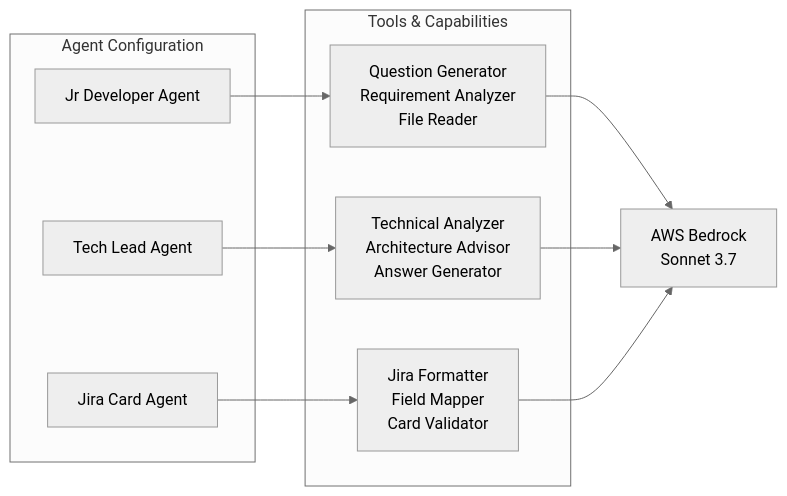
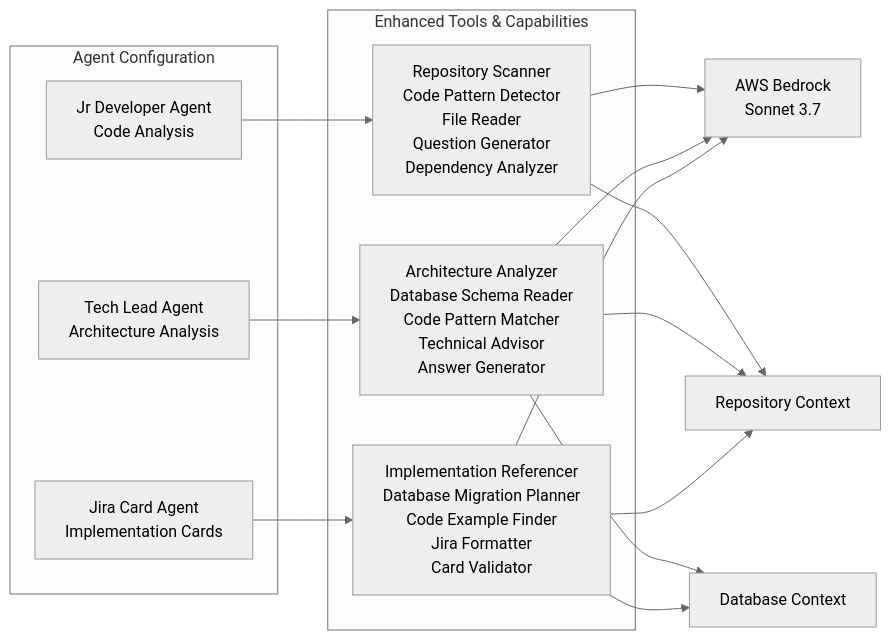
Before and after one commit to vosbek/bl-docs-: the second of 12 diagrams in architecture.md, drawn with Mermaid (neutral theme). The commit also changed other lines of this file and 51 other files, not shown here.

````diff
--- a/architecture.md
+++ b/architecture.md
@@ -140,22 +199,28 @@
 ```mermaid
 graph LR
     subgraph "Agent Configuration"
-        A[Jr Developer Agent]
-        B[Tech Lead Agent]
-        C[Jira Card Agent]
+        A[Jr Developer Agent<br/>Code Analysis]
+        B[Tech Lead Agent<br/>Architecture Analysis]
+        C[Jira Card Agent<br/>Implementation Cards]
     end
     
-    subgraph "Tools & Capabilities"
-        A1[Question Generator<br/>Requirement Analyzer<br/>File Reader]
-        B1[Technical Analyzer<br/>Architecture Advisor<br/>Answer Generator]
-        C1[Jira Formatter<br/>Field Mapper<br/>Card Validator]
+    subgraph "Enhanced Tools & Capabilities"
+        A1[Repository Scanner<br/>Code Pattern Detector<br/>File Reader<br/>Question Generator<br/>Dependency Analyzer]
+        B1[Architecture Analyzer<br/>Database Schema Reader<br/>Code Pattern Matcher<br/>Technical Advisor<br/>Answer Generator]
+        C1[Implementation Referencer<br/>Database Migration Planner<br/>Code Example Finder<br/>Jira Formatter<br/>Card Validator]
     end
     
     A --> A1
     B --> B1
     C --> C1
     
     A1 --> D[AWS Bedrock<br/>Sonnet 3.7]
     B1 --> D
     C1 --> D
+    
+    A1 --> E[Repository Context]
+    B1 --> E
+    B1 --> F[Database Context]
+    C1 --> E
+    C1 --> F
 ```
````
